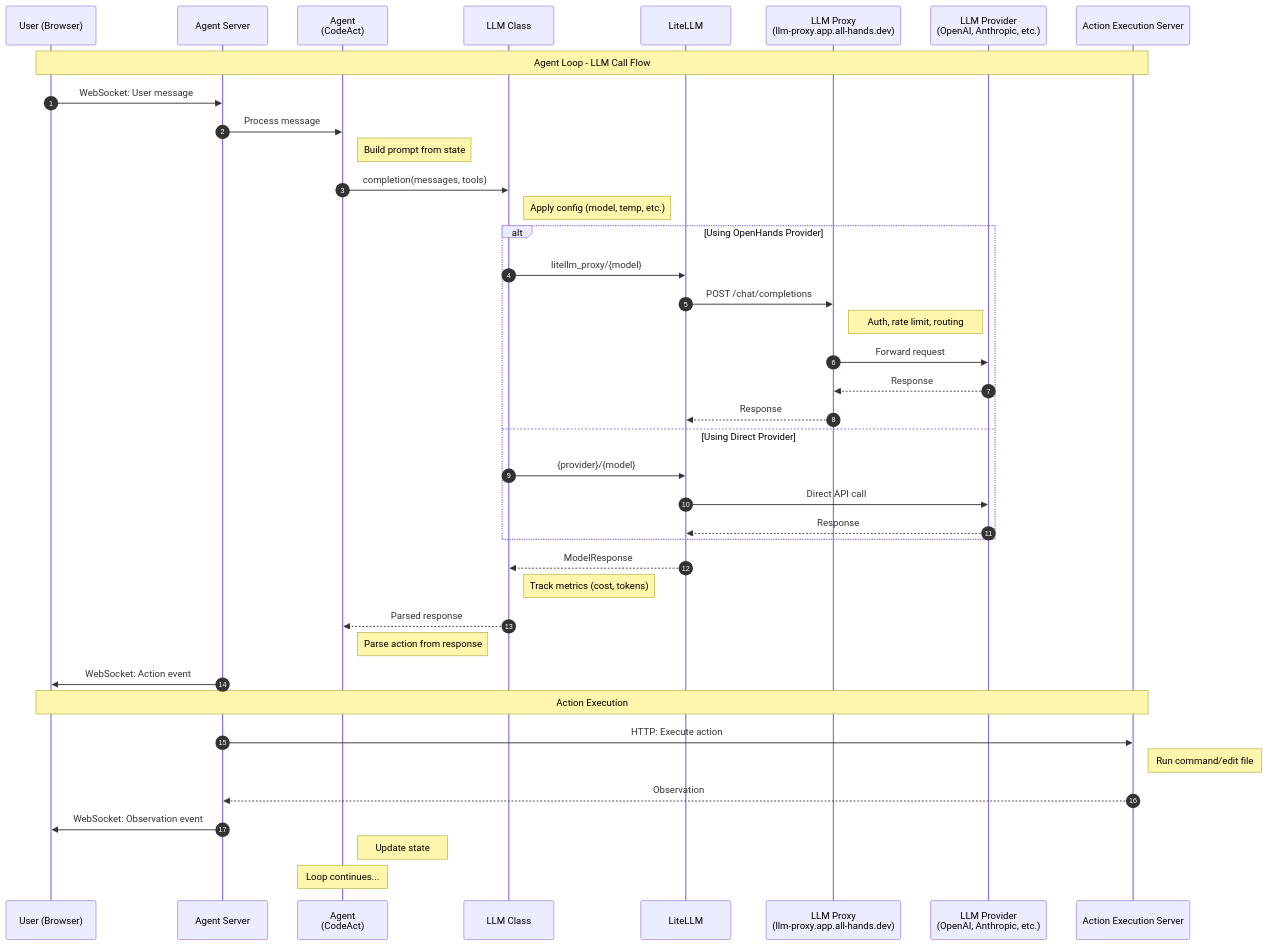
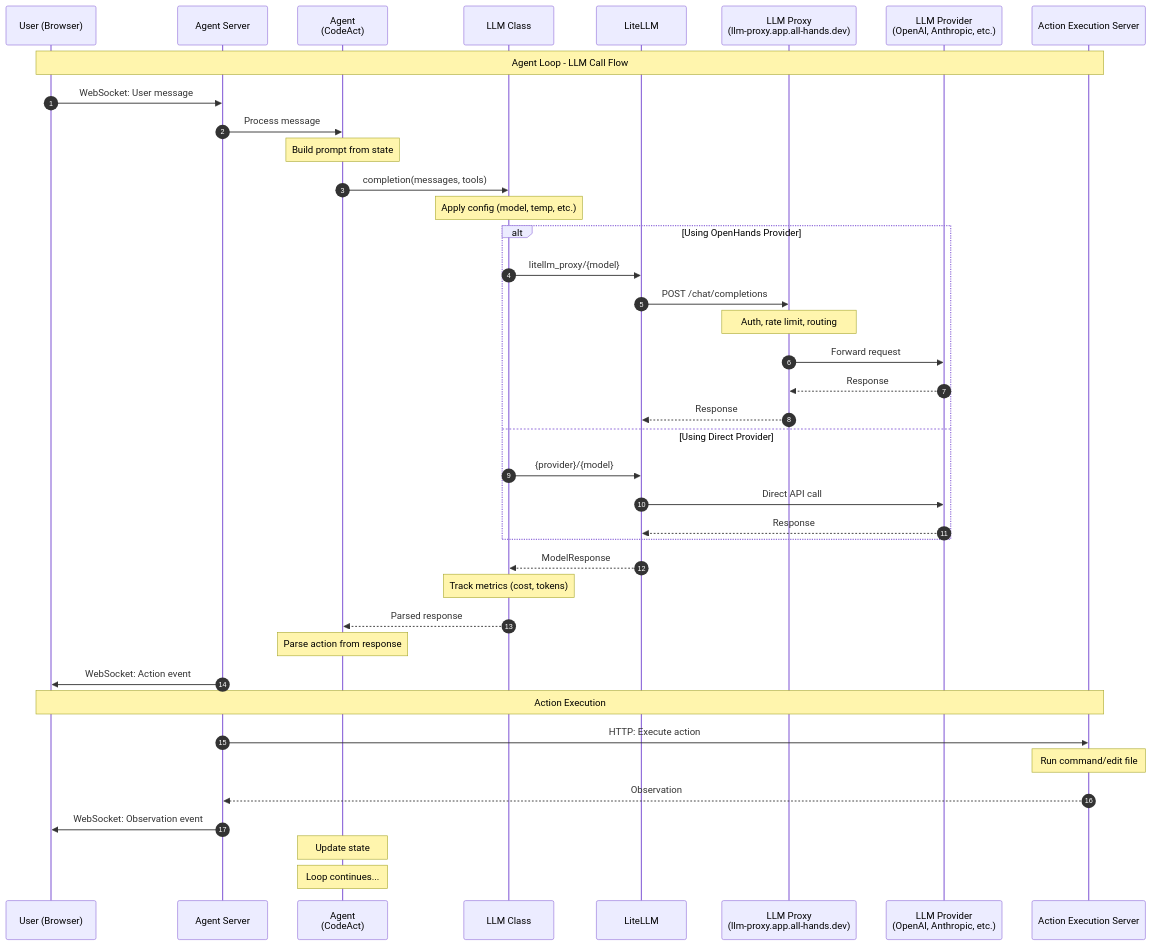
The diagram in openhands/architecture/agent-execution.md (huangkevin-apr/OpenHands), drawn with Mermaid before and after one commit. The commit also changed 3 other files, not shown here.

````diff
--- a/openhands/architecture/agent-execution.md
+++ b/openhands/architecture/agent-execution.md
@@ -5,51 +5,51 @@
 ```mermaid
 sequenceDiagram
     autonumber
     participant User as User (Browser)
     participant AS as Agent Server
     participant Agent as Agent<br/>(CodeAct)
     participant LLM as LLM Class
     participant Lite as LiteLLM
     participant Proxy as LLM Proxy<br/>(llm-proxy.app.all-hands.dev)
     participant Provider as LLM Provider<br/>(OpenAI, Anthropic, etc.)
     participant AES as Action Execution Server
 
     Note over User,AES: Agent Loop - LLM Call Flow
 
     User->>AS: WebSocket: User message
     AS->>Agent: Process message
-    Note right of Agent: Build prompt from state
+    Note over Agent: Build prompt from state
 
     Agent->>LLM: completion(messages, tools)
-    Note right of LLM: Apply config (model, temp, etc.)
+    Note over LLM: Apply config (model, temp, etc.)
 
     alt Using OpenHands Provider
         LLM->>Lite: litellm_proxy/{model}
         Lite->>Proxy: POST /chat/completions
-        Note right of Proxy: Auth, rate limit, routing
+        Note over Proxy: Auth, rate limit, routing
         Proxy->>Provider: Forward request
         Provider-->>Proxy: Response
         Proxy-->>Lite: Response
     else Using Direct Provider
         LLM->>Lite: {provider}/{model}
         Lite->>Provider: Direct API call
         Provider-->>Lite: Response
     end
 
     Lite-->>LLM: ModelResponse
-    Note right of LLM: Track metrics (cost, tokens)
+    Note over LLM: Track metrics (cost, tokens)
     LLM-->>Agent: Parsed response
 
-    Note right of Agent: Parse action from response
+    Note over Agent: Parse action from response
     AS->>User: WebSocket: Action event
 
     Note over User,AES: Action Execution
 
     AS->>AES: HTTP: Execute action
-    Note right of AES: Run command/edit file
+    Note over AES: Run command/edit file
     AES-->>AS: Observation
     AS->>User: WebSocket: Observation event
 
-    Note right of Agent: Update state
+    Note over Agent: Update state
     Note over Agent: Loop continues...
 ```
````
